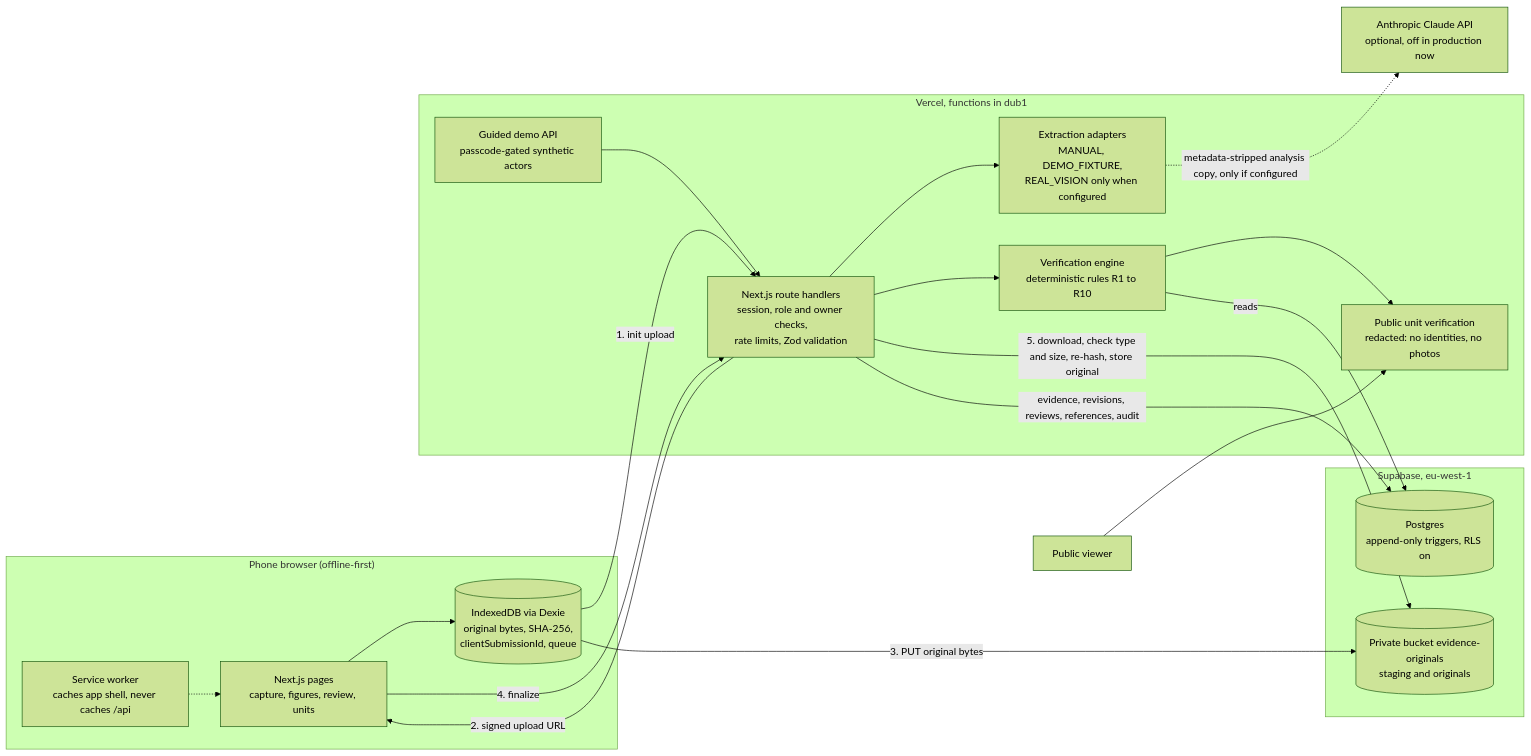
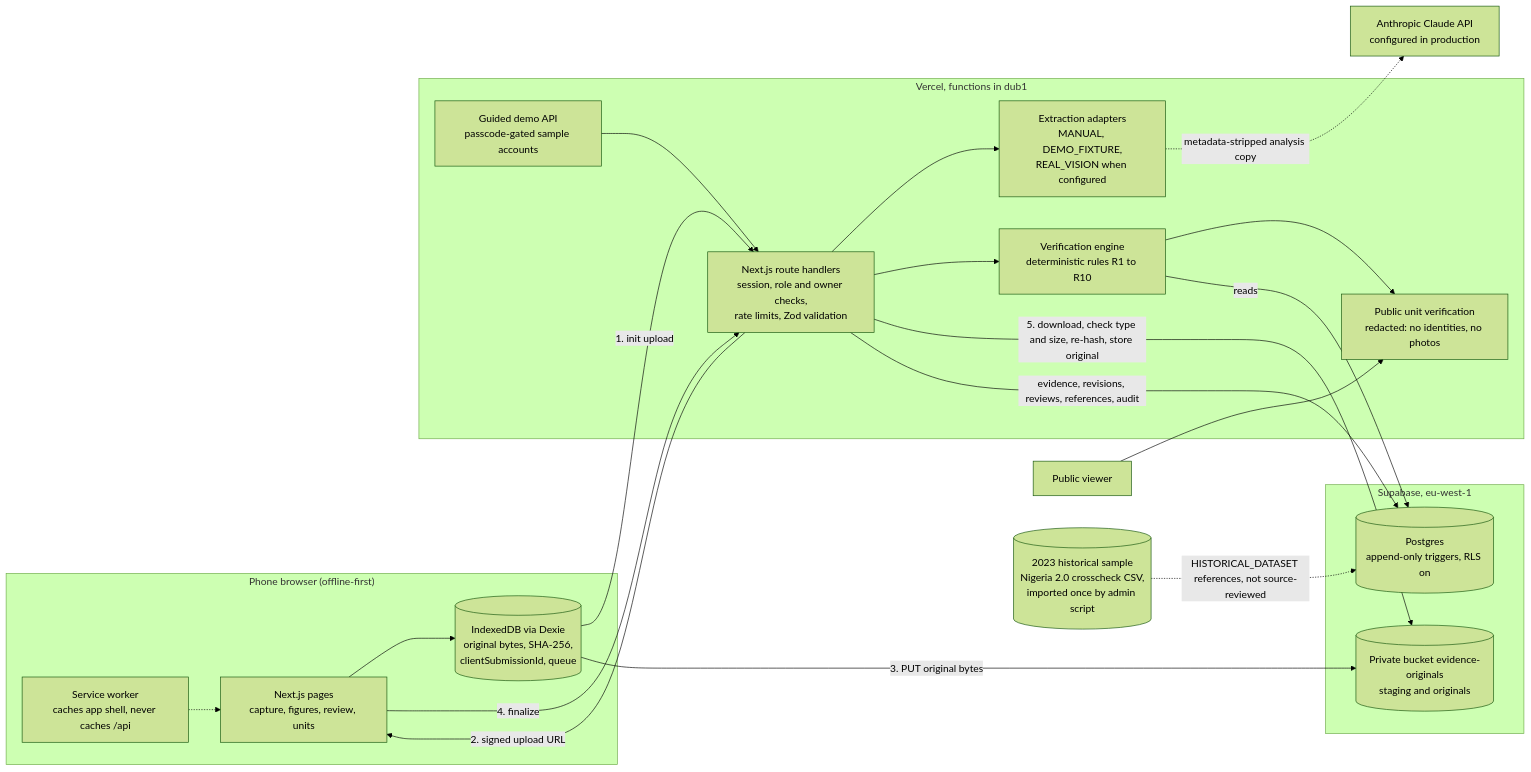
Before and after one commit to ktechfest2/TEAM-20-3.0: the diagram in README.md, drawn with Mermaid (forest theme). The commit also changed other lines of this file, not shown here.

Commit message:
docs: README covers 2023 historical sample, data sources and licence, minimal labelling

````diff
--- a/README.md
+++ b/README.md
@@ -115,38 +120,40 @@
 ```mermaid
 flowchart LR
   subgraph Phone["Phone browser (offline-first)"]
     UI["Next.js pages<br/>capture, figures, review, units"]
     SW["Service worker<br/>caches app shell, never caches /api"]
     IDB[("IndexedDB via Dexie<br/>original bytes, SHA-256,<br/>clientSubmissionId, queue")]
     UI --> IDB
     SW -.-> UI
   end
 
   subgraph Vercel["Vercel, functions in dub1"]
     API["Next.js route handlers<br/>session, role and owner checks,<br/>rate limits, Zod validation"]
-    EXT["Extraction adapters<br/>MANUAL, DEMO_FIXTURE,<br/>REAL_VISION only when configured"]
-    DEMO["Guided demo API<br/>passcode-gated synthetic actors"]
+    EXT["Extraction adapters<br/>MANUAL, DEMO_FIXTURE,<br/>REAL_VISION when configured"]
+    DEMO["Guided demo API<br/>passcode-gated sample accounts"]
     DEMO --> API
     VER["Verification engine<br/>deterministic rules R1 to R10"]
     PUB["Public unit verification<br/>redacted: no identities, no photos"]
     API --> EXT
     API --> VER
     VER --> PUB
   end
 
   subgraph Supabase["Supabase, eu-west-1"]
     STG[("Private bucket evidence-originals<br/>staging and originals")]
     DB[("Postgres<br/>append-only triggers, RLS on")]
   end
 
   IDB -->|"1. init upload"| API
   API -->|"2. signed upload URL"| UI
   IDB -->|"3. PUT original bytes"| STG
   UI -->|"4. finalize"| API
   API -->|"5. download, check type and size, re-hash, store original"| STG
   API -->|"evidence, revisions, reviews, references, audit"| DB
   VER -->|"reads"| DB
   Viewer["Public viewer"] --> PUB
-  CLAUDE["Anthropic Claude API<br/>optional, off in production now"]
-  EXT -.->|"metadata-stripped analysis copy, only if configured"| CLAUDE
+  CLAUDE["Anthropic Claude API<br/>configured in production"]
+  EXT -.->|"metadata-stripped analysis copy"| CLAUDE
+  NG2023[("2023 historical sample<br/>Nigeria 2.0 crosscheck CSV,<br/>imported once by admin script")]
+  NG2023 -.->|"HISTORICAL_DATASET references, not source-reviewed"| DB
 ```
````
